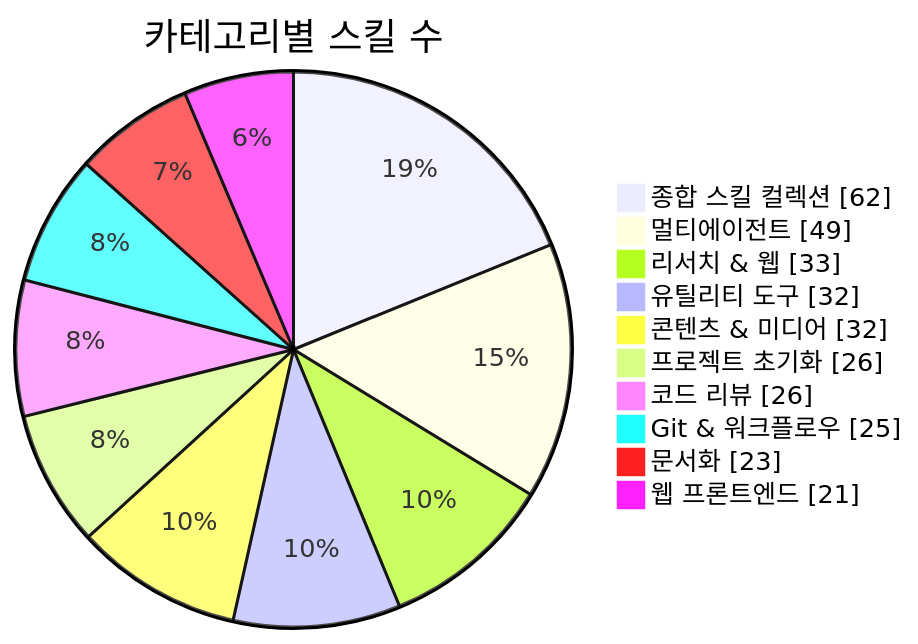
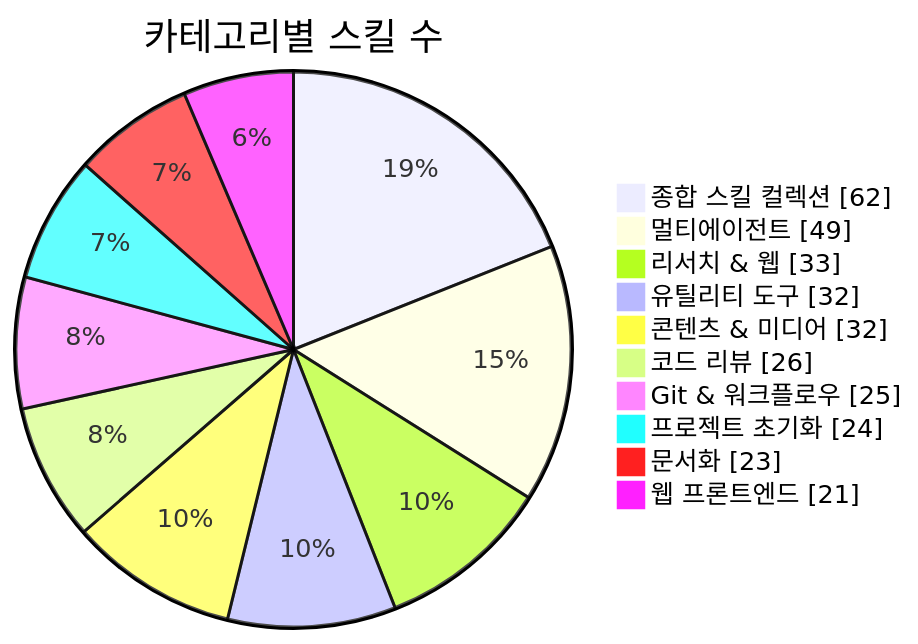
The first of 3 diagrams in README.md (J-nowcow/awesome-korean-agent-skills), drawn with Mermaid before and after one commit. The commit also changed other lines of this file and 2 other files, not shown here.

````diff
--- a/README.md
+++ b/README.md
@@ -176,14 +176,14 @@
 ```mermaid
 pie showData
     title 카테고리별 스킬 수
     "종합 스킬 컬렉션" : 62
     "멀티에이전트" : 49
     "리서치 & 웹" : 33
     "유틸리티 도구" : 32
     "콘텐츠 & 미디어" : 32
-    "프로젝트 초기화" : 26
     "코드 리뷰" : 26
     "Git & 워크플로우" : 25
+    "프로젝트 초기화" : 24
     "문서화" : 23
     "웹 프론트엔드" : 21
 ```
````
